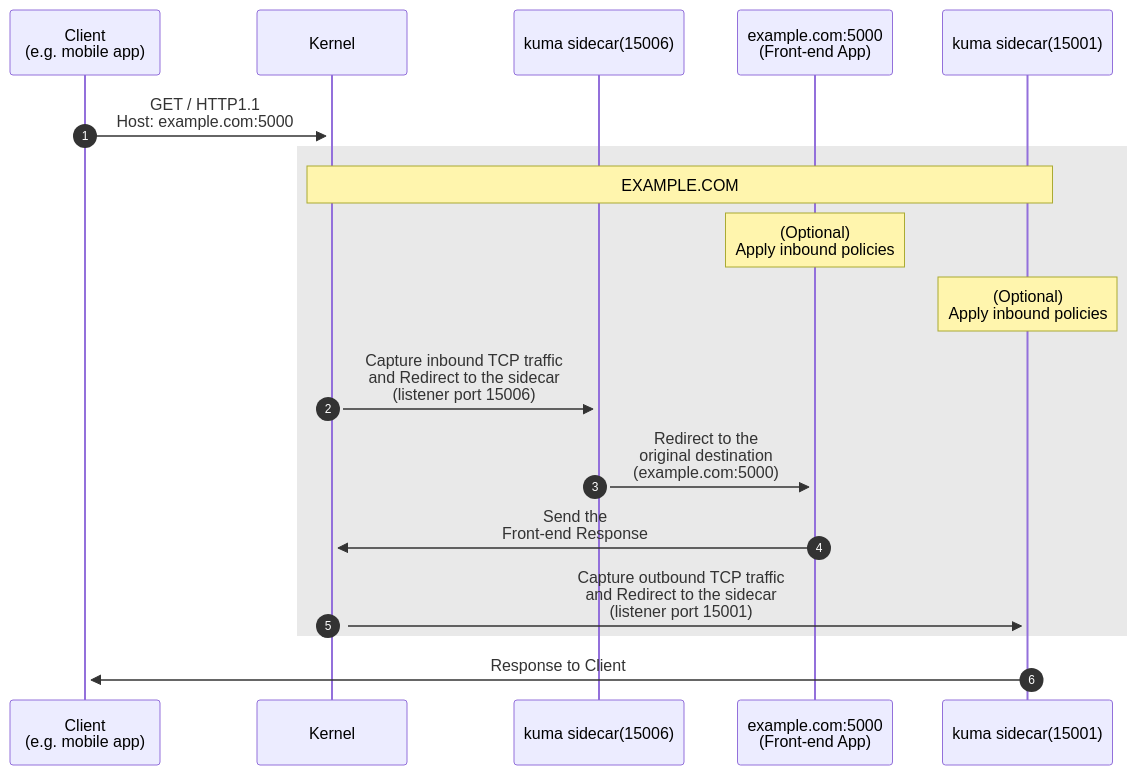
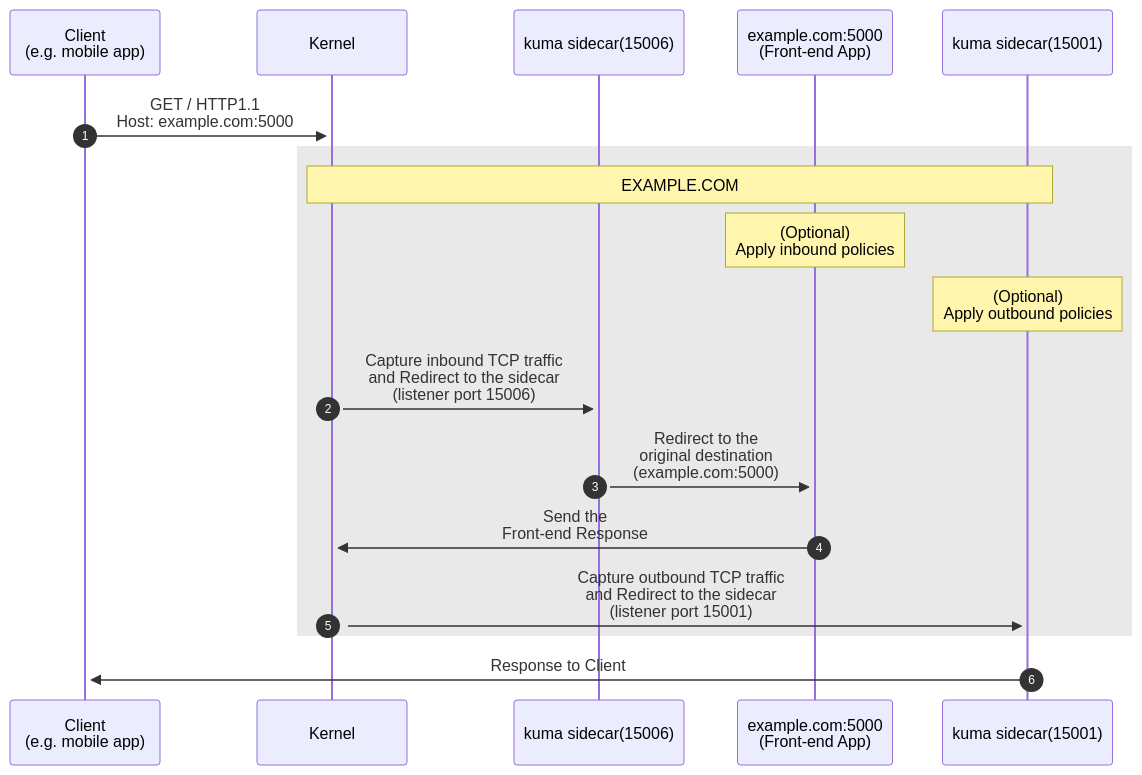
Before and after one commit to kumahq/kuma-website: the diagram in app/_src/networking/transparent-proxying.md, drawn with Mermaid. The commit also changed other lines of this file and 24 other files, not shown here.

```diff
--- a/app/_src/networking/transparent-proxying.md
+++ b/app/_src/networking/transparent-proxying.md
@@ -12,22 +16,22 @@
 {% mermaid %}
  sequenceDiagram
  autonumber
      participant Browser as Client<br>(e.g. mobile app)
      participant Kernel as Kernel
      participant ServiceMeshIn as kuma sidecar(15006)
      participant Node as example.com:5000<br>(Front-end App)
      participant ServiceMeshOut as kuma sidecar(15001)
      Browser->>+Kernel: GET / HTTP1.1<br>Host: example.com:5000
  
      rect rgb(233,233,233)
      Note over Kernel,ServiceMeshOut: EXAMPLE.COM
      Note over Node: (Optional)<br> Apply inbound policies
-     Note over ServiceMeshOut: (Optional)<br> Apply inbound policies
+     Note over ServiceMeshOut: (Optional)<br> Apply outbound policies
      Kernel->>+ServiceMeshIn: Capture inbound TCP traffic<br>and Redirect to the sidecar<br> (listener port 15006)
      ServiceMeshIn->>+Node: Redirect to the<br>original destination <br>(example.com:5000)
          Node->>+Kernel: Send the <br>Front-end Response
      Kernel->>+ServiceMeshOut: Capture outbound TCP traffic<br>and Redirect to the sidecar<br> (listener port 15001)
      end
      ServiceMeshOut->>+Browser: Response to Client
      %% Note over Browser,ServiceMeshOut: Traffic Flow Sequence
 {% endmermaid %}
```
